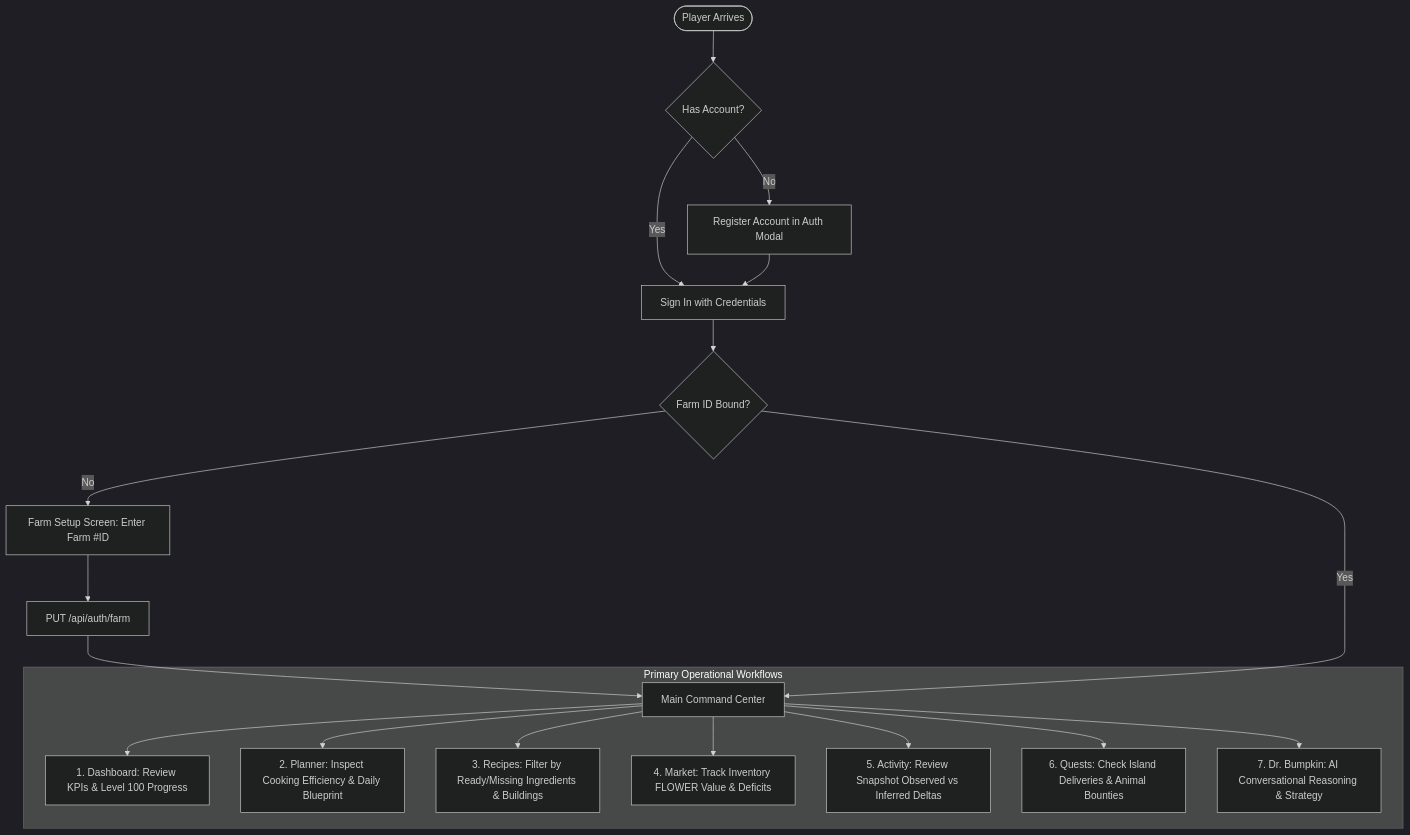
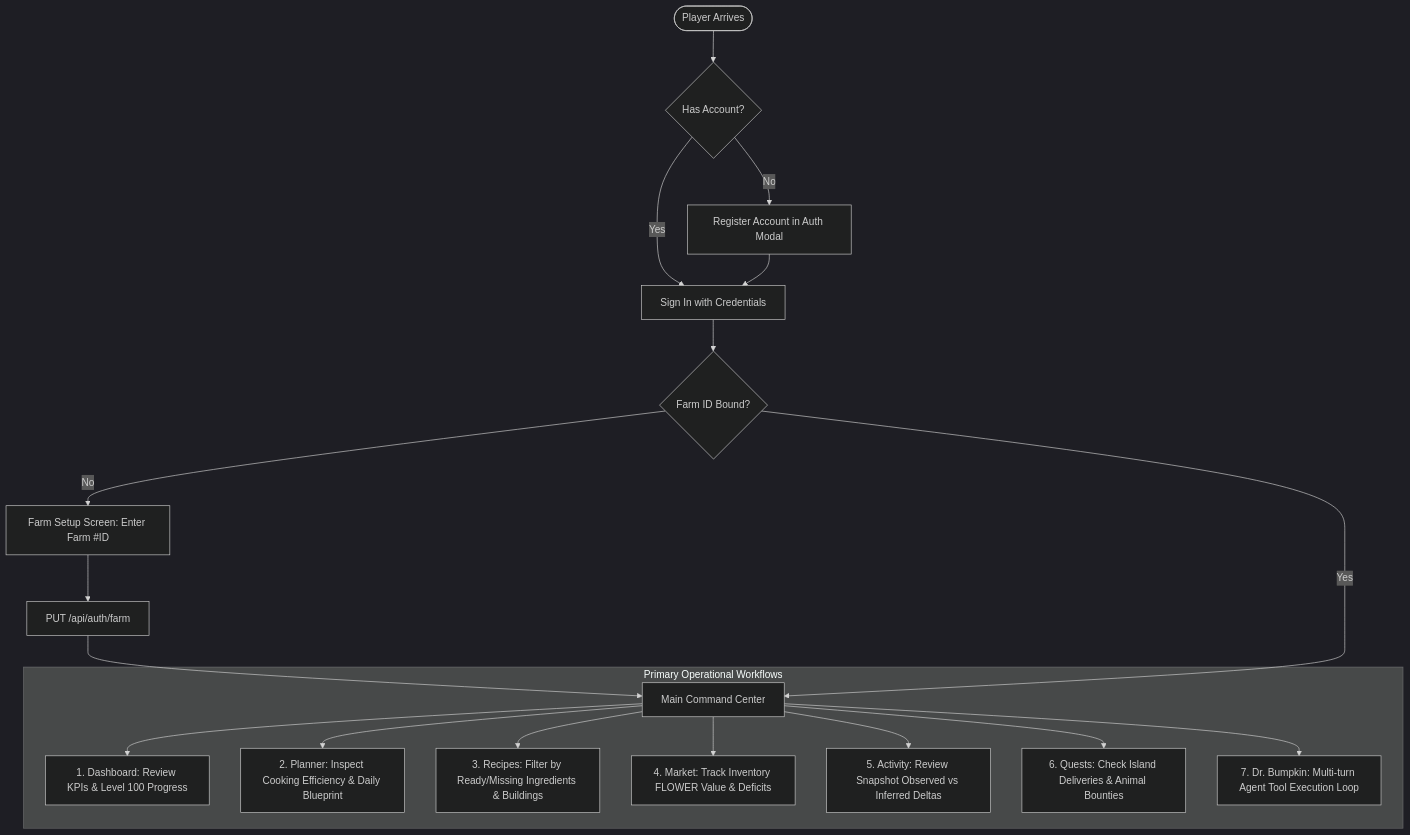
The diagram in docs/04_USER_FLOW.md (subhradip-me/eldric-sfl-ai-companion), drawn with Mermaid (dark theme) before and after one commit. The commit also changed other lines of this file and 12 other files, not shown here.

Commit message:
docs: comprehensive overhaul across docs/ with in-depth TypeScript code snippets and architecture flows

````diff
--- a/docs/04_USER_FLOW.md
+++ b/docs/04_USER_FLOW.md
@@ -5,24 +5,24 @@
 ```mermaid
 graph TD
     Start([Player Arrives]) --> HasAccount{Has Account?}
     HasAccount -- No --> Register[Register Account in Auth Modal]
     HasAccount -- Yes --> Login[Sign In with Credentials]
     Register --> Login
     Login --> HasFarm{Farm ID Bound?}
     
     HasFarm -- No --> FarmSetup[Farm Setup Screen: Enter Farm #ID]
     FarmSetup --> BindFarm[PUT /api/auth/farm]
     BindFarm --> MainApp
     
     HasFarm -- Yes --> MainApp[Main Command Center]
 
     subgraph Operations["Primary Operational Workflows"]
         MainApp --> Dashboard["1. Dashboard: Review KPIs & Level 100 Progress"]
         MainApp --> Planner["2. Planner: Inspect Cooking Efficiency & Daily Blueprint"]
         MainApp --> Recipes["3. Recipes: Filter by Ready/Missing Ingredients & Buildings"]
         MainApp --> Market["4. Market: Track Inventory FLOWER Value & Deficits"]
         MainApp --> Activity["5. Activity: Review Snapshot Observed vs Inferred Deltas"]
         MainApp --> Quests["6. Quests: Check Island Deliveries & Animal Bounties"]
-        MainApp --> Copilot["7. Dr. Bumpkin: AI Conversational Reasoning & Strategy"]
+        MainApp --> Copilot["7. Dr. Bumpkin: Multi-turn Agent Tool Execution Loop"]
     end
 ```
````
